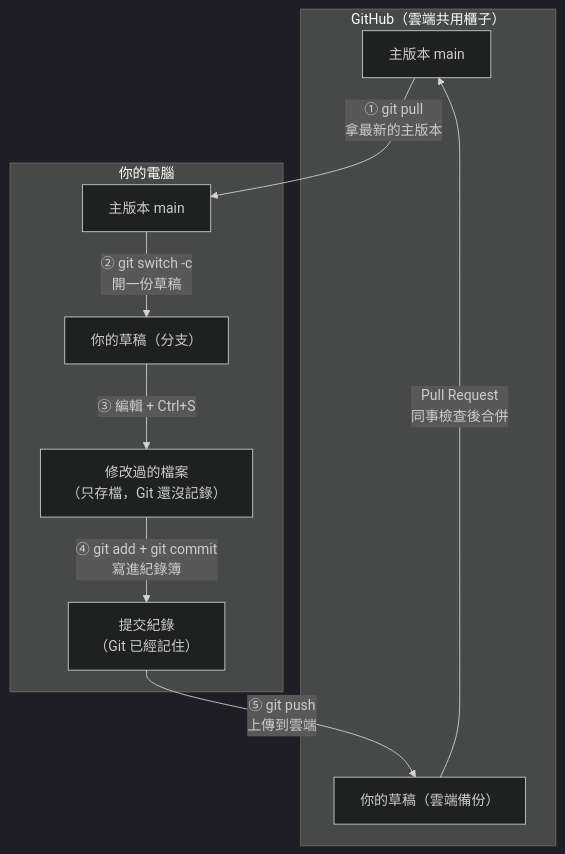
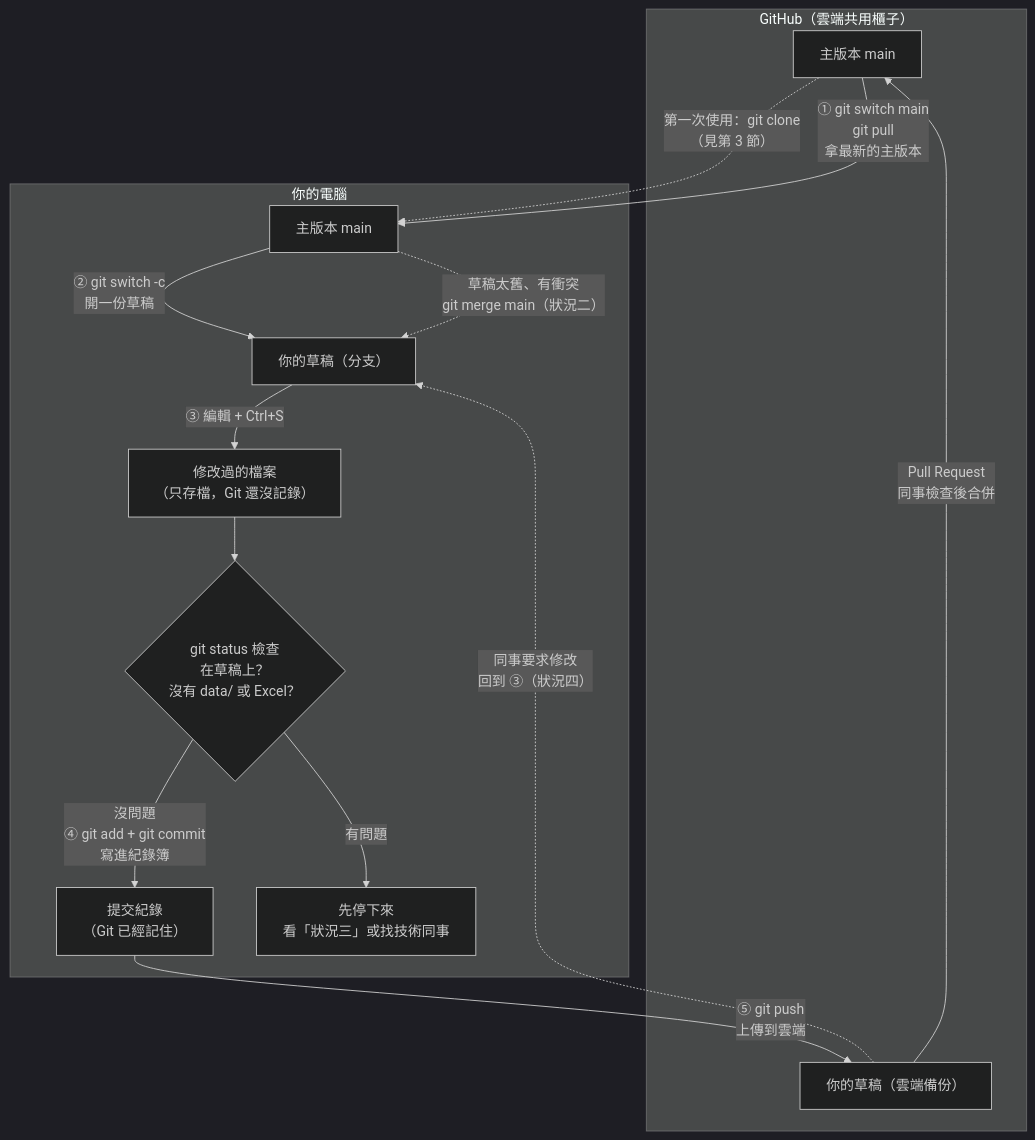
One commit to 01080710/OpBrain changed the first of 2 diagrams in GITCOMMAND.md. Above: the diagram before and after it, drawn with Mermaid (dark theme). The commit also changed other lines of this file, not shown here.

````diff
--- a/GITCOMMAND.md
+++ b/GITCOMMAND.md
@@ -14,21 +15,28 @@
 ```mermaid
 flowchart TD
     subgraph CLOUD["GitHub（雲端共用櫃子）"]
         RM["主版本 main"]
         RB["你的草稿（雲端備份）"]
     end
 
     subgraph PC["你的電腦"]
         LM["主版本 main"]
         LB["你的草稿（分支）"]
         F["修改過的檔案<br/>（只存檔，Git 還沒記錄）"]
+        S{"git status 檢查<br/>在草稿上？<br/>沒有 data/ 或 Excel？"}
         C["提交紀錄<br/>（Git 已經記住）"]
+        STOP["先停下來<br/>看「狀況三」或找技術同事"]
     end
 
-    RM -- "① git pull<br/>拿最新的主版本" --> LM
+    RM -. "第一次使用：git clone<br/>（見第 3 節）" .-> LM
+    RM -- "① git switch main<br/>git pull<br/>拿最新的主版本" --> LM
     LM -- "② git switch -c<br/>開一份草稿" --> LB
     LB -- "③ 編輯 + Ctrl+S" --> F
-    F -- "④ git add + git commit<br/>寫進紀錄簿" --> C
+    F --> S
+    S -- "沒問題<br/>④ git add + git commit<br/>寫進紀錄簿" --> C
+    S -- "有問題" --> STOP
     C -- "⑤ git push<br/>上傳到雲端" --> RB
     RB -- "Pull Request<br/>同事檢查後合併" --> RM
+    RB -. "同事要求修改<br/>回到 ③（狀況四）" .-> LB
+    LM -. "草稿太舊、有衝突<br/>git merge main（狀況二）" .-> LB
 ```
````
